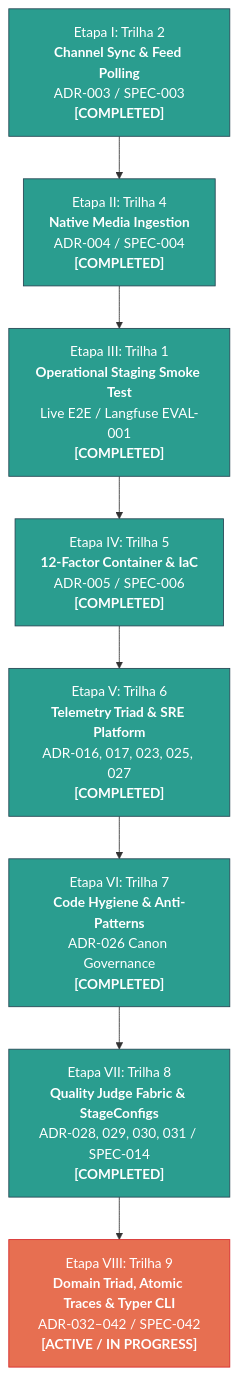
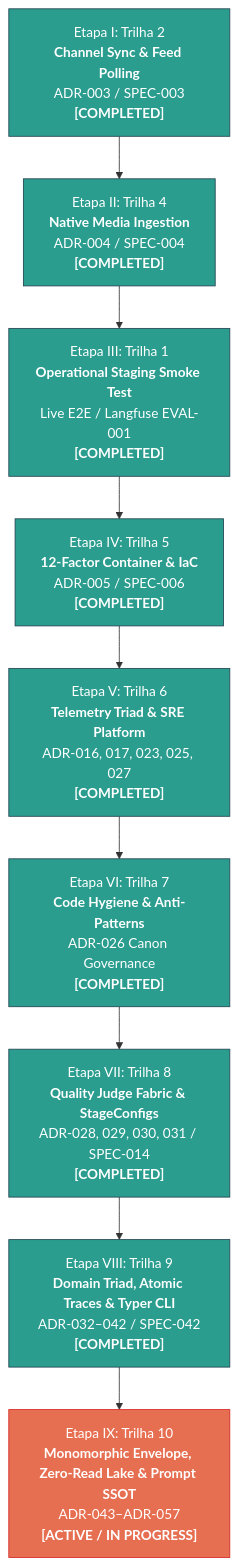
Before and after one commit to faustostangler/PES: the diagram in docs/architecture/strategic_implementation_roadmap.md, drawn with Mermaid. The commit also changed other lines of this file and 82 other files, not shown here.

Commit message:
feat: implement cresmo core architecture with pipeline runners and domain entities

````diff
--- a/docs/architecture/strategic_implementation_roadmap.md
+++ b/docs/architecture/strategic_implementation_roadmap.md
@@ -17,16 +17,17 @@
 ```mermaid
 flowchart TD
     T2["Etapa I: Trilha 2<br><b>Channel Sync & Feed Polling</b><br>ADR-003 / SPEC-003<br><b>[COMPLETED]</b>"] --> 
     T4["Etapa II: Trilha 4<br><b>Native Media Ingestion</b><br>ADR-004 / SPEC-004<br><b>[COMPLETED]</b>"] --> 
     T1["Etapa III: Trilha 1<br><b>Operational Staging Smoke Test</b><br>Live E2E / Langfuse EVAL-001<br><b>[COMPLETED]</b>"] --> 
     T5["Etapa IV: Trilha 5<br><b>12-Factor Container & IaC</b><br>ADR-005 / SPEC-006<br><b>[COMPLETED]</b>"] -->
     T6["Etapa V: Trilha 6<br><b>Telemetry Triad & SRE Platform</b><br>ADR-016, 017, 023, 025, 027<br><b>[COMPLETED]</b>"] -->
     T7["Etapa VI: Trilha 7<br><b>Code Hygiene & Anti-Patterns</b><br>ADR-026 Canon Governance<br><b>[COMPLETED]</b>"] -->
     T8["Etapa VII: Trilha 8<br><b>Quality Judge Fabric & StageConfigs</b><br>ADR-028, 029, 030, 031 / SPEC-014<br><b>[COMPLETED]</b>"] -->
-    T9["Etapa VIII: Trilha 9<br><b>Domain Triad, Atomic Traces & Typer CLI</b><br>ADR-032–042 / SPEC-042<br><b>[ACTIVE / IN PROGRESS]</b>"]
+    T9["Etapa VIII: Trilha 9<br><b>Domain Triad, Atomic Traces & Typer CLI</b><br>ADR-032–042 / SPEC-042<br><b>[COMPLETED]</b>"] -->
+    T10["Etapa IX: Trilha 10<br><b>Monomorphic Envelope, Zero-Read Lake & Prompt SSOT</b><br>ADR-043–ADR-057<br><b>[ACTIVE / IN PROGRESS]</b>"]
 
     classDef done fill:#2a9d8f,stroke:#264653,color:#fff;
     classDef active fill:#e76f51,stroke:#d62828,color:#fff;
-    class T2,T4,T1,T5,T6,T7,T8 done;
-    class T9 active;
+    class T2,T4,T1,T5,T6,T7,T8,T9 done;
+    class T10 active;
 ```
````
